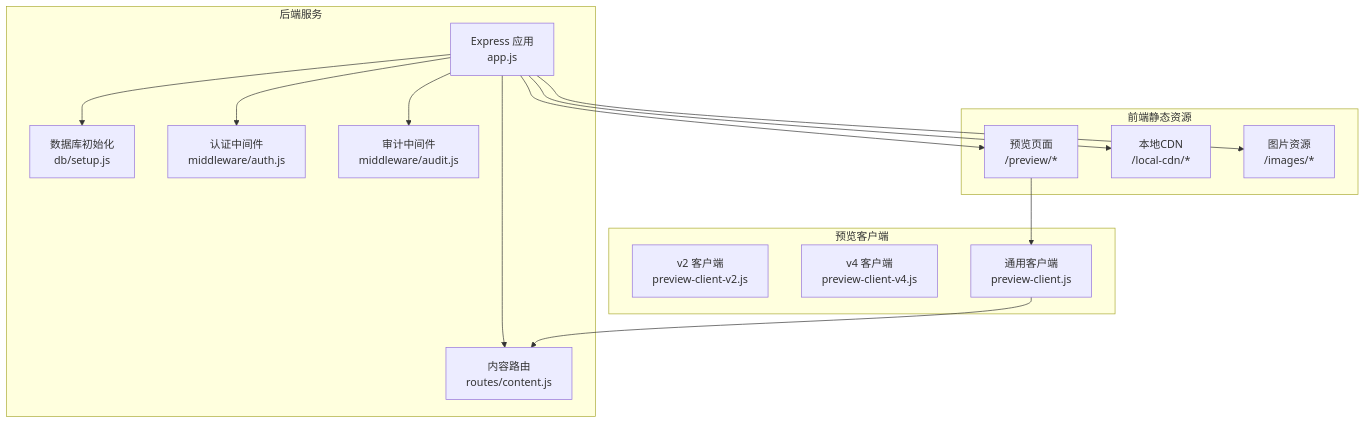
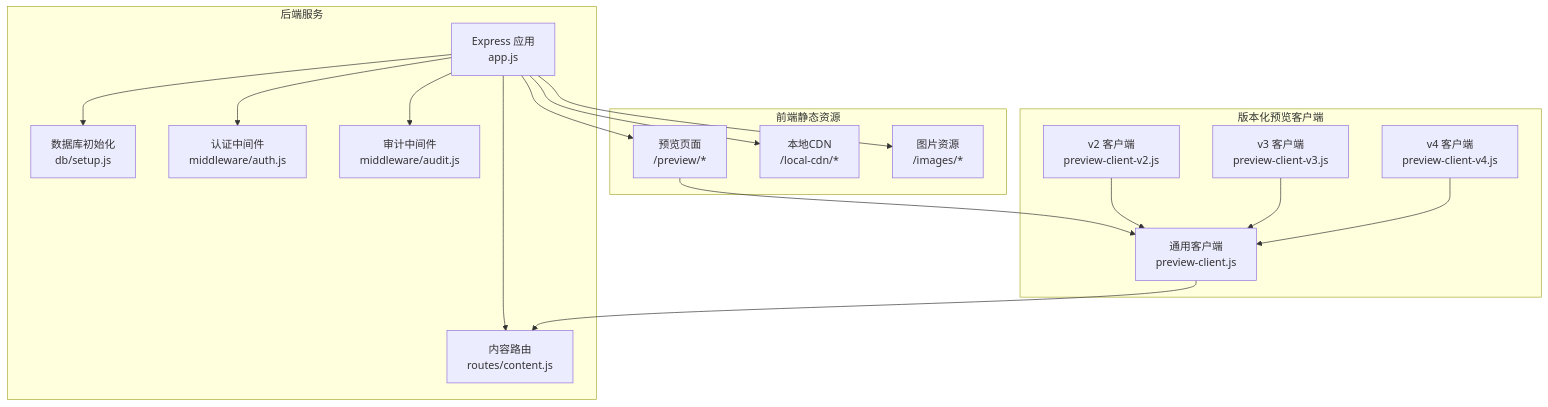
The first of 5 diagrams in .qoder/repowiki/zh/content/后端服务架构/核心服务/预览模式系统.md (hx631580609-web/zsts-cms), drawn with Mermaid before and after one commit. The commit also changed other lines of this file and 5 other files, not shown here.

````diff
--- a/.qoder/repowiki/zh/content/后端服务架构/核心服务/预览模式系统.md
+++ b/.qoder/repowiki/zh/content/后端服务架构/核心服务/预览模式系统.md
@@ -42,29 +56,33 @@
 ```mermaid
 graph TB
 subgraph "后端服务"
 A["Express 应用<br/>app.js"]
 R["内容路由<br/>routes/content.js"]
 D["数据库初始化<br/>db/setup.js"]
 M1["认证中间件<br/>middleware/auth.js"]
 M2["审计中间件<br/>middleware/audit.js"]
 end
 subgraph "前端静态资源"
 P["预览页面<br/>/preview/*"]
 L1["本地CDN<br/>/local-cdn/*"]
 L2["图片资源<br/>/images/*"]
 end
-subgraph "预览客户端"
+subgraph "版本化预览客户端"
 V2["v2 客户端<br/>preview-client-v2.js"]
+V3["v3 客户端<br/>preview-client-v3.js"]
 V4["v4 客户端<br/>preview-client-v4.js"]
 VJ["通用客户端<br/>preview-client.js"]
 end
 A --> R
 A --> D
 A --> M1
 A --> M2
 A --> P
 A --> L1
 A --> L2
 P --> VJ
 VJ --> R
+V2 --> VJ
+V3 --> VJ
+V4 --> VJ
 ```
````
